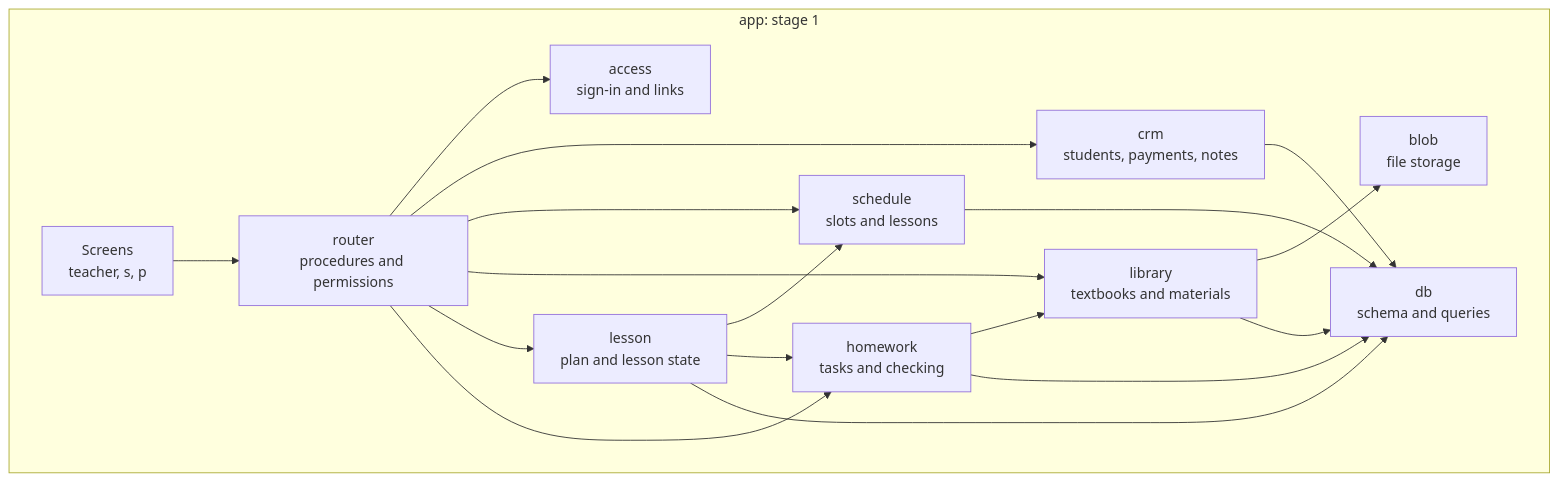
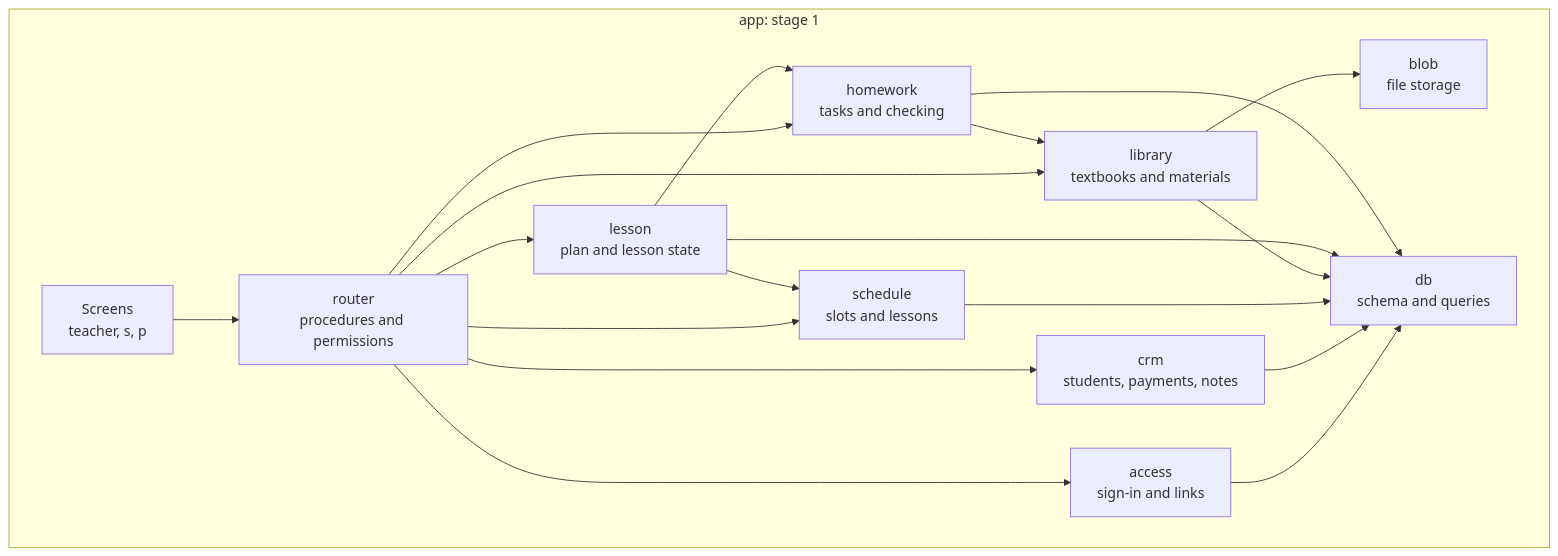
One commit to VickieKom/studysoft changed the third of 11 diagrams in docs/architecture.md. Above: the diagram before and after it, drawn with Mermaid. The commit also changed other lines of this file and 2 other files, not shown here.

````diff
--- a/docs/architecture.md
+++ b/docs/architecture.md
@@ -227,32 +227,33 @@
 ```mermaid
 graph TB
     subgraph app[app: stage 1]
         ui[Screens<br/>teacher, s, p]
         router[router<br/>procedures and permissions]
         access[access<br/>sign-in and links]
         crm[crm<br/>students, payments, notes]
         schedule[schedule<br/>slots and lessons]
         library[library<br/>textbooks and materials]
         lesson[lesson<br/>plan and lesson state]
         homework[homework<br/>tasks and checking]
         blob[blob<br/>file storage]
         db[db<br/>schema and queries]
     end
 
     ui --> router
     router --> access
     router --> crm
     router --> schedule
     router --> library
     router --> lesson
     router --> homework
     lesson --> schedule
     lesson --> homework
     homework --> library
     library --> blob
+    access --> db
     crm --> db
     schedule --> db
     library --> db
     lesson --> db
     homework --> db
 ```
````
